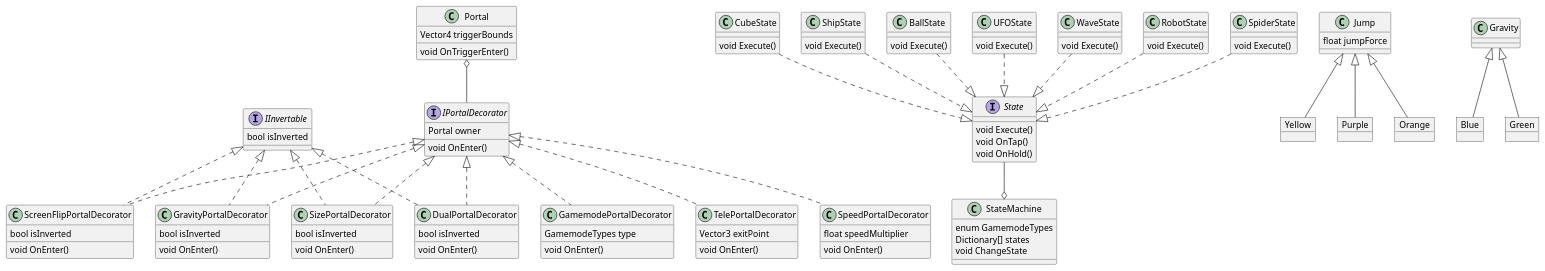
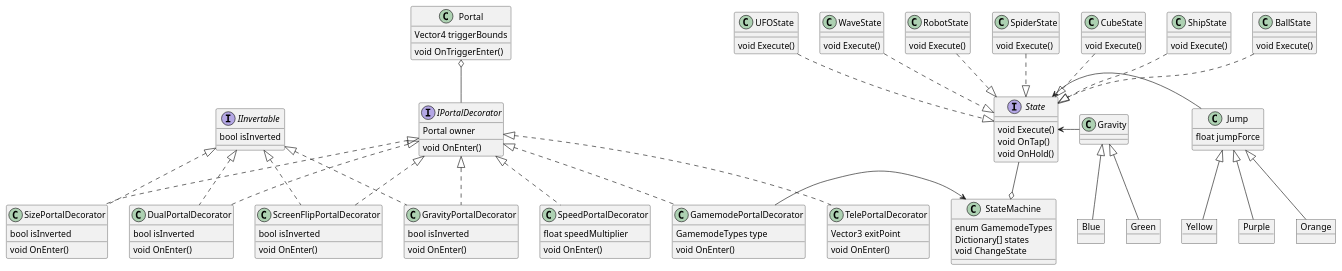
The diagram in masterfile.plantuml (Roboolet/DomainDecompositionUML), drawn with PlantUML before and after one commit.

Commit message:
Connected systems, final

```diff
--- a/masterfile.plantuml
+++ b/masterfile.plantuml
@@ -1,147 +1,150 @@
 @startuml Geometry Dash Hierarchy
+'Maarten's Section: Orbs'
+
+class Jump {
+    float jumpForce
+}
+class Gravity
+
+
+object Yellow
+object Purple
+object Orange
+
+
+object Blue 
+object Green
+
+
+Jump <|-- Yellow
+Jump <|-- Orange
+Jump <|-- Purple
+
+Gravity <|-- Blue
+Gravity <|-- Green
+
 
 ' -- Leas section --
 ' Portals
 class Portal
 {
     Vector4 triggerBounds
     void OnTriggerEnter()
 }
 interface IPortalDecorator
 {
     Portal owner
     void OnEnter()
 }
 Interface IInvertable
 {
     bool isInverted
 }
 
 class GravityPortalDecorator
 {
     bool isInverted
     void OnEnter()
 }
 class GamemodePortalDecorator
 {
     GamemodeTypes type
     void OnEnter()
 }
 class SizePortalDecorator
 {
     bool isInverted
     void OnEnter()
 }
 class DualPortalDecorator
 {
     bool isInverted
     void OnEnter()
 }
 class TelePortalDecorator
 {
     Vector3 exitPoint
     void OnEnter()
 }
 class ScreenFlipPortalDecorator
 {
     bool isInverted
     void OnEnter()
 }
 class SpeedPortalDecorator
 {
     float speedMultiplier
     void OnEnter()
 }
 
 
 ' Decorators
 Portal o-- IPortalDecorator
 IPortalDecorator <|.. GravityPortalDecorator
 IPortalDecorator <|.. GamemodePortalDecorator
 IPortalDecorator <|.. SizePortalDecorator
 IPortalDecorator <|.. DualPortalDecorator
 IPortalDecorator <|.. TelePortalDecorator
 IPortalDecorator <|.. ScreenFlipPortalDecorator
 IPortalDecorator <|.. SpeedPortalDecorator
 
 IInvertable <|.. GravityPortalDecorator
 IInvertable <|.. SizePortalDecorator
 IInvertable <|.. DualPortalDecorator
 IInvertable <|.. ScreenFlipPortalDecorator
 
 ' <|-- Extension
 ' *-- Composition
 ' o-- Aggregation
 ' <|.. dotted line
 
 ' Dion's section, gamemodes  
 interface State {
     void Execute()
     void OnTap()
     void OnHold()
 }
 
 class CubeState {
     void Execute()
 }
 class ShipState {
     void Execute()
 }
 class BallState {
     void Execute()
 }
 class UFOState {
     void Execute()
 }
 class WaveState {
     void Execute()
 }
 class RobotState {
     void Execute()
 }
 class SpiderState {
     void Execute()
 }
 
 class StateMachine {
     enum GamemodeTypes
     Dictionary[] states
     void ChangeState
 }
 
 ' Connections 
 CubeState ..|> State
 ShipState ..|> State
 BallState ..|> State
 UFOState ..|> State
 WaveState ..|> State
 RobotState ..|> State
 SpiderState ..|> State
 
 State --o StateMachine
-'Maarten's Section: Orbs'
-
-class Jump {
-    float jumpForce
-}
-class Gravity
-
-
-object Yellow
-object Purple
-object Orange
-
-
-object Blue 
-object Green
-
-
-Jump <|-- Yellow
-Jump <|-- Orange
-Jump <|-- Purple
-
-Gravity <|-- Blue
-Gravity <|-- Green
-
+GamemodePortalDecorator -> StateMachine
+State <- Jump
+State <- Gravity
 
 @enduml
```
